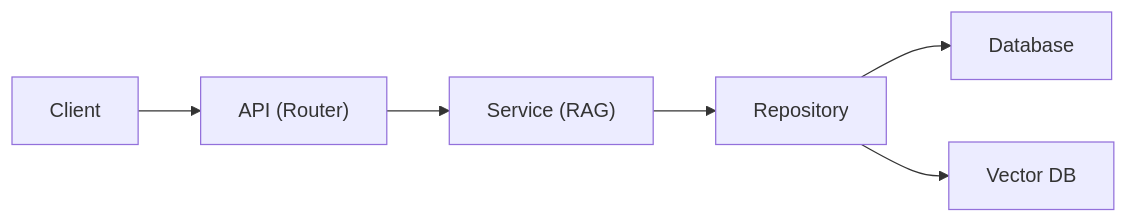
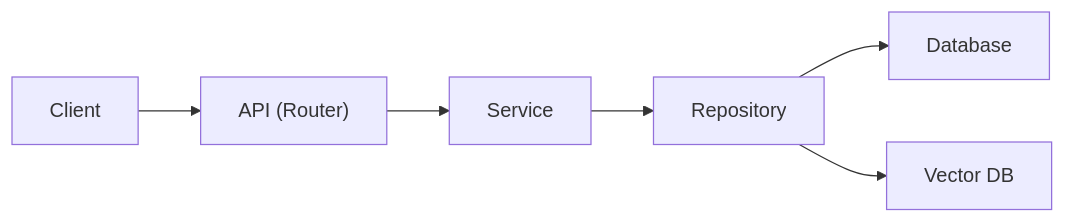
One commit to tlswogur0603-cpu/decomposing-board changed the diagram in README.md. Above: the diagram before and after it, drawn with Mermaid. The commit also changed other lines of this file, not shown here.

````diff
--- a/README.md
+++ b/README.md
@@ -54,8 +74,8 @@
 ```mermaid
 graph LR
     A["Client"] --> B["API (Router)"]
-    B --> C["Service (RAG)"]
+    B --> C["Service"]
     C --> D["Repository"]
     D --> E["Database"]
     D --> F["Vector DB"]
 ```
````
